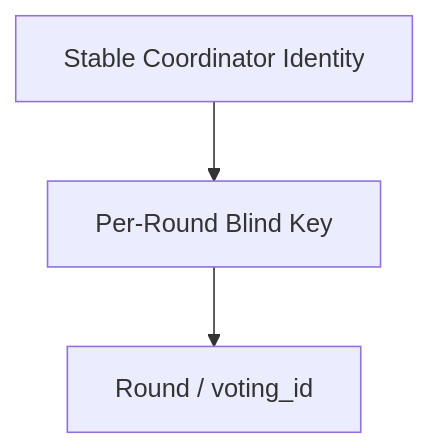
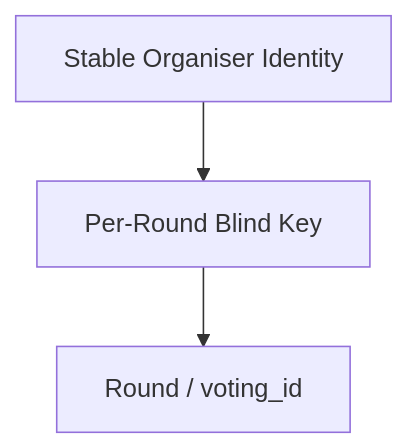
The third of 8 diagrams in docs/technical-protocol-note.md (tidley/auditable-voting), drawn with Mermaid before and after one commit. The commit also changed other lines of this file and 35 other files, not shown here.

````diff
--- a/docs/technical-protocol-note.md
+++ b/docs/technical-protocol-note.md
@@ -410,9 +410,9 @@
 ```mermaid
 flowchart TD
-  I[Stable Coordinator Identity]
+  I[Stable Organiser Identity]
   K[Per-Round Blind Key]
   R[Round / voting_id]
 
   I --> K
   K --> R
 ```
````
